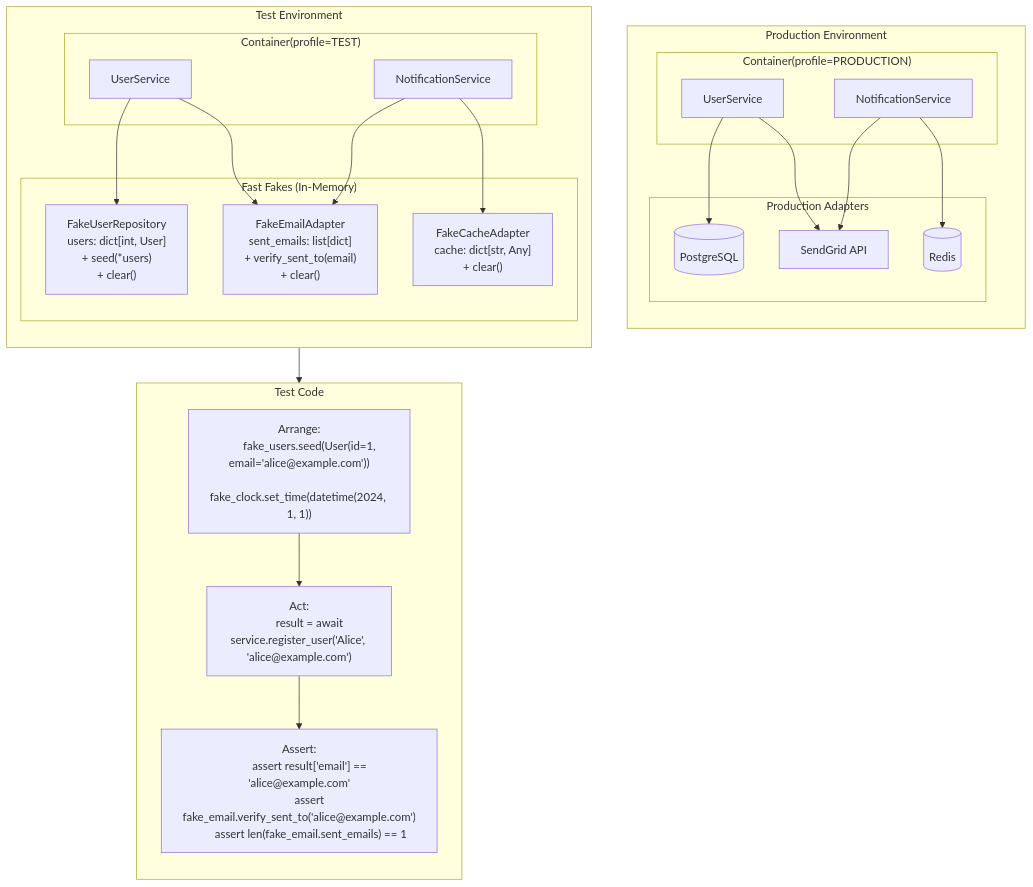
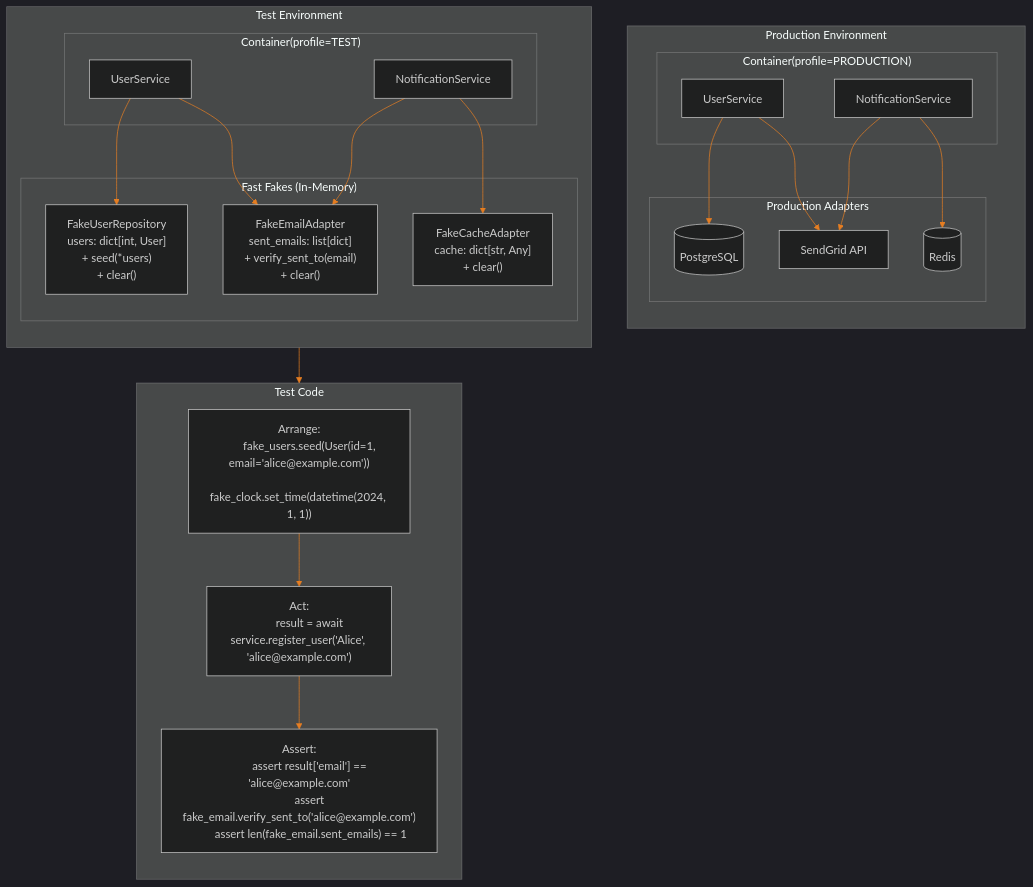
Before and after one commit to mikelane/dioxide: the fifth of 5 diagrams in docs/user_guide/architecture.md, drawn with Mermaid. The commit also changed other lines of this file and 1 other file, not shown here.

Commit message:
fix: apply dark theme with dioxide orange colors to all Mermaid diagrams

````diff
--- a/docs/user_guide/architecture.md
+++ b/docs/user_guide/architecture.md
@@ -355,63 +359,64 @@
 ```{mermaid}
+%%{init: {'theme': 'dark', 'themeVariables': { 'primaryColor': '#d35400', 'primaryTextColor': '#fff', 'primaryBorderColor': '#e67e22', 'lineColor': '#e67e22', 'secondaryColor': '#2c3e50', 'tertiaryColor': '#1a252f'}}}%%
 flowchart TB
     subgraph PRODUCTION["Production Environment"]
         direction TB
         subgraph PROD_CONTAINER["Container(profile=PRODUCTION)"]
             PUS[UserService]
             PNS[NotificationService]
         end
         subgraph PROD_ADAPTERS["Production Adapters"]
             PPG[(PostgreSQL)]
             PSG[SendGrid API]
             PRC[(Redis)]
         end
         PUS --> PPG
         PUS --> PSG
         PNS --> PSG
         PNS --> PRC
     end
 
     subgraph TESTING["Test Environment"]
         direction TB
         subgraph TEST_CONTAINER["Container(profile=TEST)"]
             TUS[UserService]
             TNS[NotificationService]
         end
         subgraph TEST_FAKES["Fast Fakes (In-Memory)"]
             TFU["FakeUserRepository
             users: dict[int, User]
             + seed(*users)
             + clear()"]
             TFE["FakeEmailAdapter
             sent_emails: list[dict]
             + verify_sent_to(email)
             + clear()"]
             TFC["FakeCacheAdapter
             cache: dict[str, Any]
             + clear()"]
         end
         TUS --> TFU
         TUS --> TFE
         TNS --> TFE
         TNS --> TFC
     end
 
     subgraph TEST_CODE["Test Code"]
         direction TB
         ARRANGE["Arrange:
         fake_users.seed(User(id=1, email='alice@example.com'))
         fake_clock.set_time(datetime(2024, 1, 1))"]
 
         ACT["Act:
         result = await service.register_user('Alice', 'alice@example.com')"]
 
         ASSERT["Assert:
         assert result['email'] == 'alice@example.com'
         assert fake_email.verify_sent_to('alice@example.com')
         assert len(fake_email.sent_emails) == 1"]
     end
 
     TEST_CONTAINER --> TEST_CODE
     ARRANGE --> ACT
     ACT --> ASSERT
 ```
````
